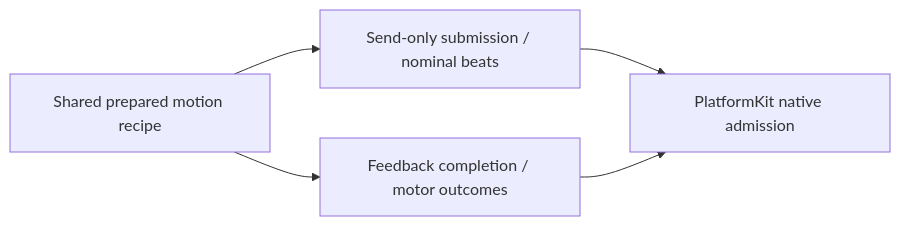
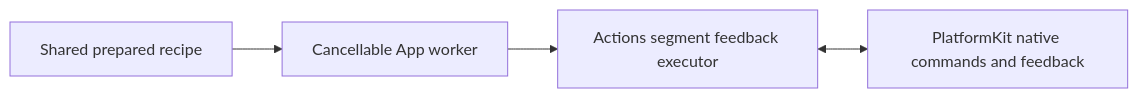
The second of 2 diagrams in MobileHarness/Actions/NexArm/Support/README.md (devilyouwei/MobileHarness), drawn with Mermaid before and after one commit. The commit also changed other lines of this file and 135 other files, not shown here.

````diff
--- a/MobileHarness/Actions/NexArm/Support/README.md
+++ b/MobileHarness/Actions/NexArm/Support/README.md
@@ -39,7 +43,6 @@
 ```mermaid
 flowchart LR
-    Recipe[Shared prepared motion recipe] --> Manual[Send-only submission / nominal beats]
-    Recipe --> Channel[Feedback completion / motor outcomes]
-    Manual --> SDK[PlatformKit native admission]
-    Channel --> SDK
+    Recipe[Shared prepared recipe] --> Worker[Cancellable App worker]
+    Worker --> Executor[Actions segment feedback executor]
+    Executor <--> SDK[PlatformKit native commands and feedback]
 ```
````
